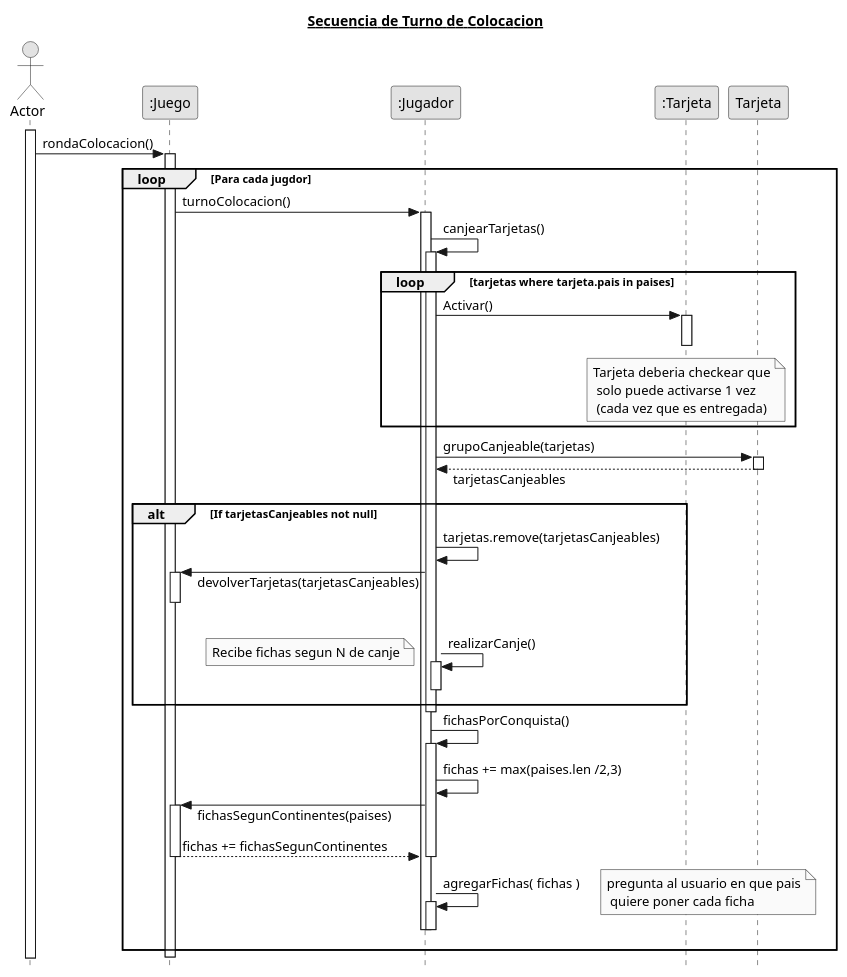
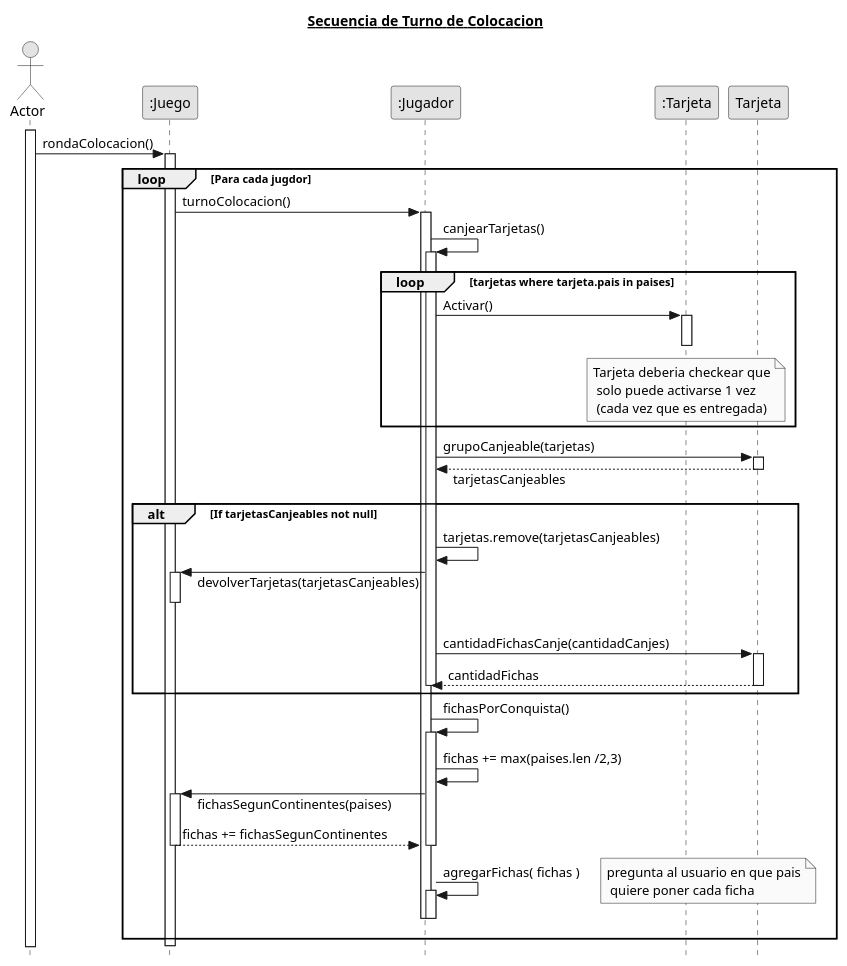
One commit to Gabrielsem/A.L.T.E.G.O. changed the diagram in UML/turnoColocacion.plantuml. Above: the diagram before and after it, drawn with PlantUML. The commit also changed 2 other files, not shown here.

Commit message:
Actualizo UML y saco comentarios de Mapa

```diff
--- a/UML/turnoColocacion.plantuml
+++ b/UML/turnoColocacion.plantuml
@@ -1,51 +1,51 @@
 @startuml
 title **__Secuencia de Turno de Colocacion__**
 skinparam responseMessageBelowArrow true
 skinparam monochrome true
 skinparam style strictuml
 hide footbox
 
 actor Actor
 participant jueg as ":Juego"
 participant jug as ":Jugador"
 participant trj as ":Tarjeta"
 participant Tarjeta
 
 Actor ++
 Actor -> jueg ++: rondaColocacion()
 loop Para cada jugdor
     jueg -> jug ++: turnoColocacion()
     jug ->jug ++: canjearTarjetas()
     loop tarjetas where tarjeta.pais in paises
 
         jug -> trj ++ : Activar()
         note over trj: Tarjeta deberia checkear que\n solo puede activarse 1 vez \n (cada vez que es entregada)
         trj --
     end loop
 
         jug -> Tarjeta ++: grupoCanjeable(tarjetas)
         jug <-- Tarjeta --: tarjetasCanjeables
         alt If tarjetasCanjeables not null
         jug -> jug : tarjetas.remove(tarjetasCanjeables)
         jueg <- jug ++: devolverTarjetas(tarjetasCanjeables)
         jueg --
-        jug -> jug ++: realizarCanje()
+        jug -> Tarjeta ++: cantidadFichasCanje(cantidadCanjes)
+        return cantidadFichas
         jug --
-        note left: Recibe fichas segun N de canje
         end alt
-        jug --
+
 
         jug -> jug ++: fichasPorConquista()
         jug -> jug : fichas += max(paises.len /2,3)
         jueg <- jug ++: fichasSegunContinentes(paises)
         jueg --> jug --: fichas += fichasSegunContinentes
         jug --
 
     jug -> jug ++: agregarFichas( fichas )
     jug --
     note right: pregunta al usuario en que pais\n quiere poner cada ficha
 
     jug --
 end loop
 jueg --
 @enduml
```
